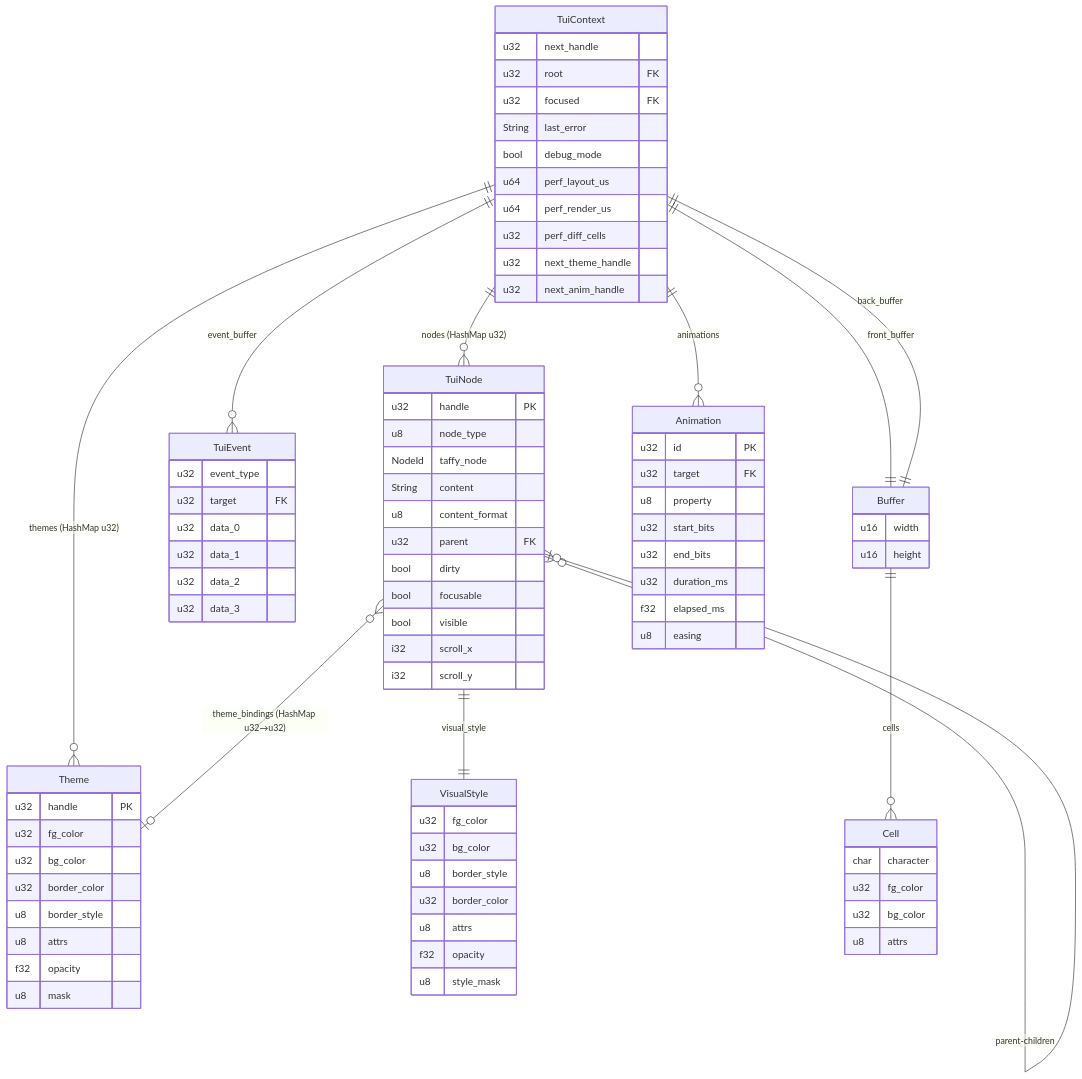
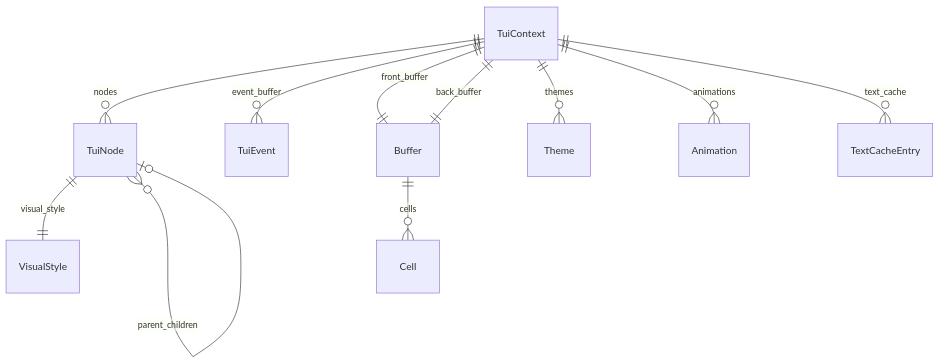
One commit to openkraken-ai/kraken-tui changed the diagram in docs/TechSpec.md. Above: the diagram before and after it, drawn with Mermaid. The commit also changed other lines of this file, not shown here.

````diff
--- a/docs/TechSpec.md
+++ b/docs/TechSpec.md
@@ -607,93 +226,13 @@
 ```mermaid
 erDiagram
-    TuiContext ||--o{ TuiNode : "nodes (HashMap u32)"
-    TuiContext ||--o{ TuiEvent : "event_buffer"
-    TuiContext ||--|| Buffer : "front_buffer"
-    TuiContext ||--|| Buffer : "back_buffer"
-    TuiContext ||--o{ Theme : "themes (HashMap u32)"
-    TuiContext ||--o{ Animation : "animations"
-    TuiNode ||--|| VisualStyle : "visual_style"
-    TuiNode }o--o| TuiNode : "parent-children"
-    TuiNode }o--o| Theme : "theme_bindings (HashMap u32→u32)"
-    Buffer ||--o{ Cell : "cells"
-
-    TuiContext {
-        u32 next_handle
-        u32 root FK
-        u32 focused FK
-        String last_error
-        bool debug_mode
-        u64 perf_layout_us
-        u64 perf_render_us
-        u32 perf_diff_cells
-        u32 next_theme_handle
-        u32 next_anim_handle
-    }
-
-    TuiNode {
-        u32 handle PK
-        u8 node_type
-        NodeId taffy_node
-        String content
-        u8 content_format
-        u32 parent FK
-        bool dirty
-        bool focusable
-        bool visible
-        i32 scroll_x
-        i32 scroll_y
-    }
-
-    VisualStyle {
-        u32 fg_color
-        u32 bg_color
-        u8 border_style
-        u32 border_color
-        u8 attrs
-        f32 opacity
-        u8 style_mask
-    }
-
-    Theme {
-        u32 handle PK
-        u32 fg_color
-        u32 bg_color
-        u32 border_color
-        u8 border_style
-        u8 attrs
-        f32 opacity
-        u8 mask
-    }
-
-    Animation {
-        u32 id PK
-        u32 target FK
-        u8 property
-        u32 start_bits
-        u32 end_bits
-        u32 duration_ms
-        f32 elapsed_ms
-        u8 easing
-    }
-
-    TuiEvent {
-        u32 event_type
-        u32 target FK
-        u32 data_0
-        u32 data_1
-        u32 data_2
-        u32 data_3
-    }
-
-    Cell {
-        char character
-        u32 fg_color
-        u32 bg_color
-        u8 attrs
-    }
-
-    Buffer {
-        u16 width
-        u16 height
-    }
+    TuiContext ||--o{ TuiNode : nodes
+    TuiContext ||--o{ TuiEvent : event_buffer
+    TuiContext ||--|| Buffer : front_buffer
+    TuiContext ||--|| Buffer : back_buffer
+    TuiContext ||--o{ Theme : themes
+    TuiContext ||--o{ Animation : animations
+    TuiContext ||--o{ TextCacheEntry : text_cache
+    TuiNode ||--|| VisualStyle : visual_style
+    TuiNode }o--o| TuiNode : parent_children
+    Buffer ||--o{ Cell : cells
 ```
````
